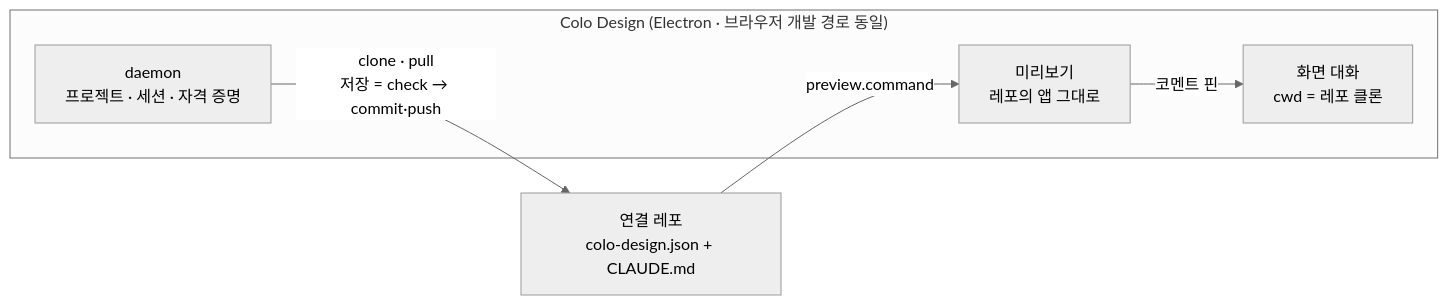
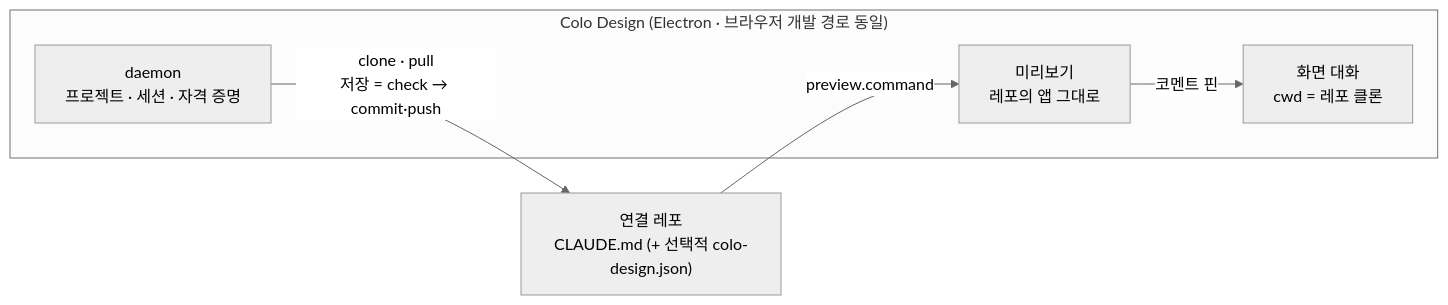
The second of 2 diagrams in README.md (inkwonjung-colosseum/colo-design), drawn with Mermaid (neutral theme) before and after one commit. The commit also changed other lines of this file and 221 other files, not shown here.

````diff
--- a/README.md
+++ b/README.md
@@ -692,12 +704,12 @@
 ```mermaid
 flowchart LR
     subgraph app["Colo Design (Electron · 브라우저 개발 경로 동일)"]
         design["화면 대화<br/>cwd = 레포 클론"]
         preview["미리보기<br/>레포의 앱 그대로"]
         daemon["daemon<br/>프로젝트 · 세션 · 자격 증명"]
     end
-    repo["연결 레포<br/>colo-design.json + CLAUDE.md"]
+    repo["연결 레포<br/>CLAUDE.md (+ 선택적 colo-design.json)"]
     daemon -->|"clone · pull<br/>저장 = check → commit·push"| repo
     repo -->|"preview.command"| preview
     preview -->|"코멘트 핀"| design
 ```
````
